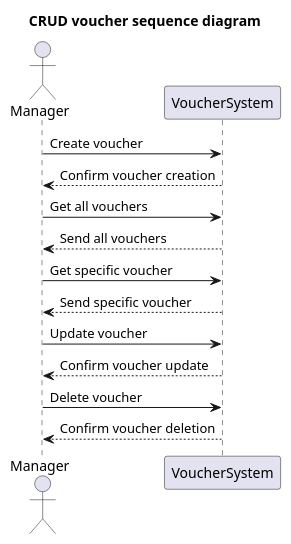
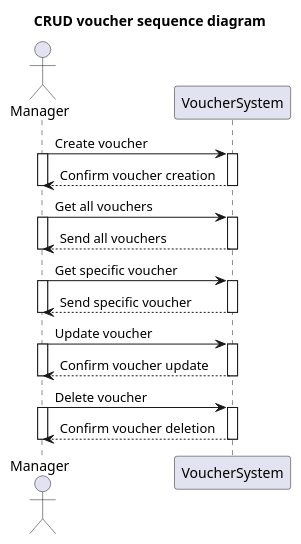
One commit to baonehe/SE357-Pratice-class changed the diagram in Lab1.2/Sequence diagram/Code/CRUD voucher_seq.wsd. Above: the diagram before and after it, drawn with PlantUML. The commit also changed 99 other files, not shown here.

Commit message:
Update sequence diagram

```diff
--- a/Lab1.2/Sequence diagram/Code/CRUD voucher_seq.wsd
+++ b/Lab1.2/Sequence diagram/Code/CRUD voucher_seq.wsd
@@ -1,25 +1,41 @@
 @startuml
 title CRUD voucher sequence diagram
 
 Actor Manager
 participant VoucherSystem
 
-
 Manager -> VoucherSystem : Create voucher
+activate Manager
+activate VoucherSystem
 VoucherSystem --> Manager : Confirm voucher creation
-
+deactivate VoucherSystem
+deactivate Manager
 
 Manager -> VoucherSystem : Get all vouchers
+activate Manager
+activate VoucherSystem
 VoucherSystem --> Manager : Send all vouchers
+deactivate VoucherSystem
+deactivate Manager
+
 Manager -> VoucherSystem : Get specific voucher
+activate Manager
+activate VoucherSystem
 VoucherSystem --> Manager : Send specific voucher
-
+deactivate VoucherSystem
+deactivate Manager
 
 Manager -> VoucherSystem : Update voucher
+activate Manager
+activate VoucherSystem
 VoucherSystem --> Manager : Confirm voucher update
-
+deactivate VoucherSystem
+deactivate Manager
 
 Manager -> VoucherSystem : Delete voucher
+activate Manager
+activate VoucherSystem
 VoucherSystem --> Manager : Confirm voucher deletion
-
+deactivate VoucherSystem
+deactivate Manager
 @enduml
```
